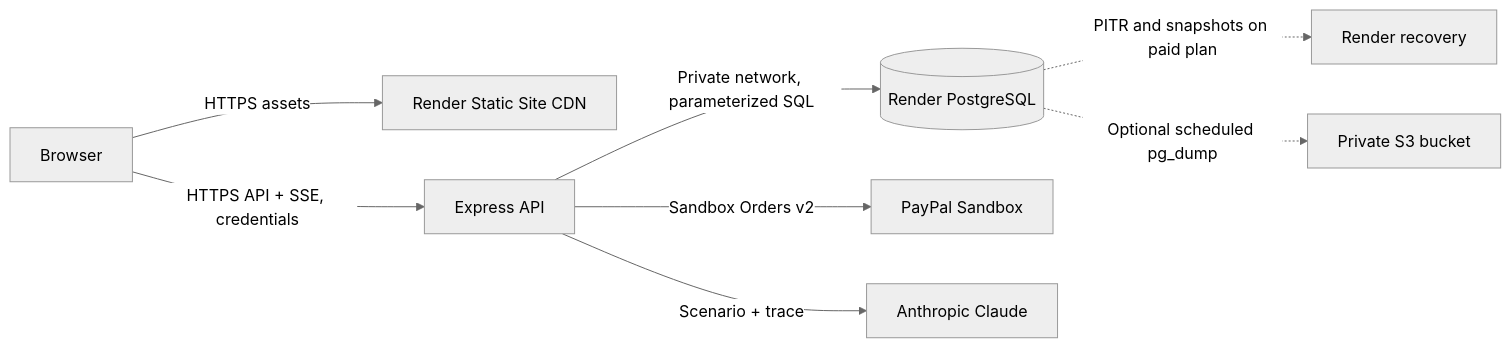
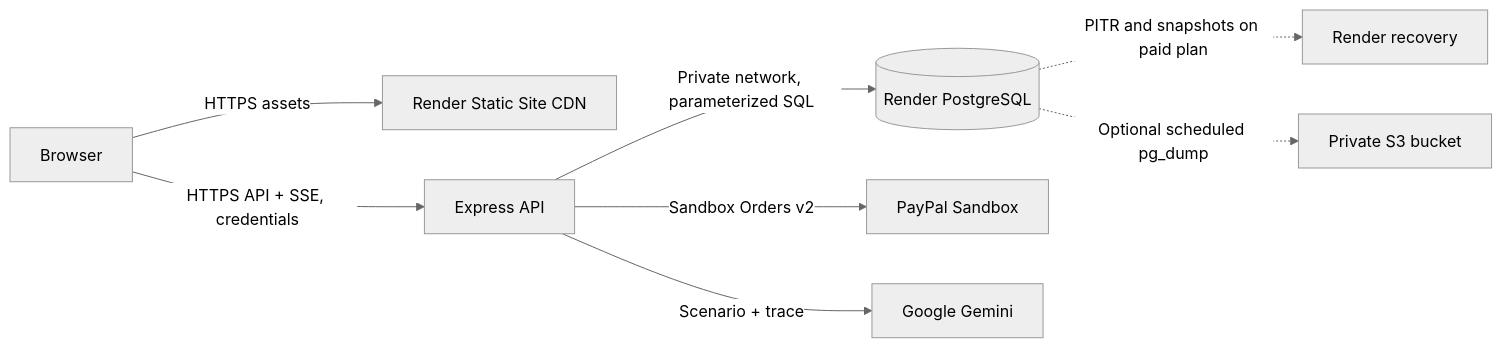
Before and after one commit to 5131541-mit/Paypal-Failure-Doctor: the diagram in README.md, drawn with Mermaid (neutral theme). The commit also changed other lines of this file and 6 other files, not shown here.

Commit message:
Replace Claude with Gemini AI

````diff
--- a/README.md
+++ b/README.md
@@ -20,10 +20,10 @@
 ```mermaid
 flowchart LR
   Browser[Browser] -->|HTTPS assets| CDN[Render Static Site CDN]
   Browser -->|HTTPS API + SSE, credentials| API[Express API]
   API -->|Private network, parameterized SQL| DB[(Render PostgreSQL)]
   API -->|Sandbox Orders v2| PayPal[PayPal Sandbox]
-  API -->|Scenario + trace| Claude[Anthropic Claude]
+  API -->|Scenario + trace| Gemini[Google Gemini]
   DB -.->|PITR and snapshots on paid plan| Backup[Render recovery]
   DB -.->|Optional scheduled pg_dump| S3[Private S3 bucket]
 ```
````
